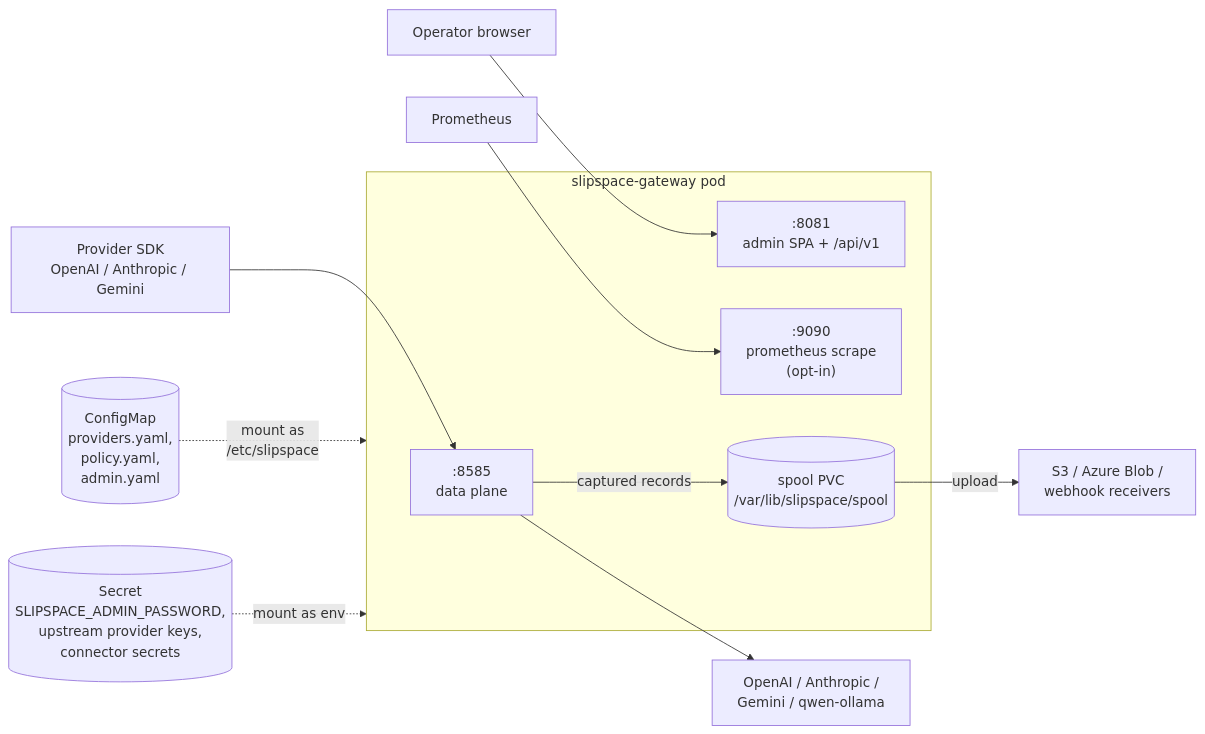
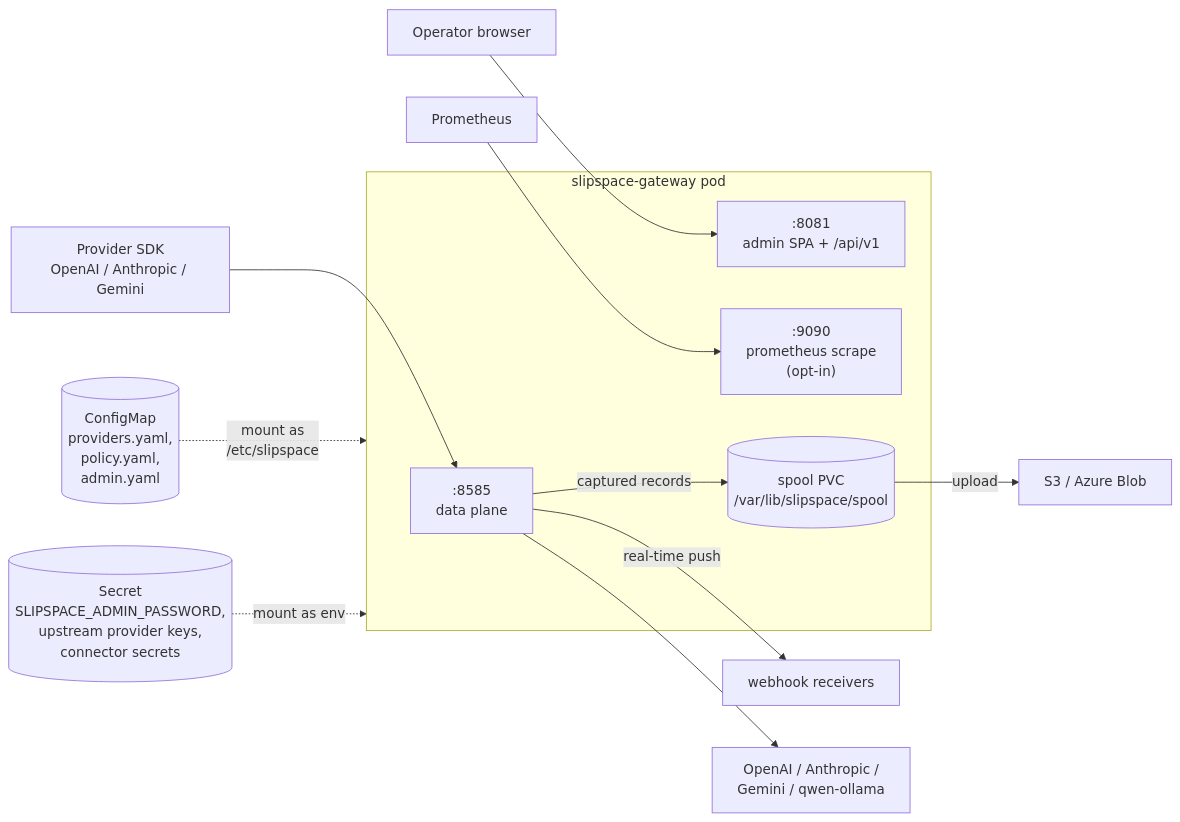
Before and after one commit to andyjmorgan/slipspace-gateway: the first of 3 diagrams in docs/deployment.md, drawn with Mermaid. The commit also changed other lines of this file and 11 other files, not shown here.

````diff
--- a/docs/deployment.md
+++ b/docs/deployment.md
@@ -31,21 +31,22 @@
 ```mermaid
 flowchart LR
     subgraph Pod[slipspace-gateway pod]
         DP[":8585<br/>data plane"]
         AD[":8081<br/>admin SPA + /api/v1"]
         PR[":9090<br/>prometheus scrape<br/>(opt-in)"]
         SP[("spool PVC<br/>/var/lib/slipspace/spool")]
     end
 
     CFG[("ConfigMap<br/>providers.yaml,<br/>policy.yaml,<br/>admin.yaml")] -. mount as<br/>/etc/slipspace .-> Pod
     SEC[("Secret<br/>SLIPSPACE_ADMIN_PASSWORD,<br/>upstream provider keys,<br/>connector secrets")] -. mount as env .-> Pod
 
     Client[Provider SDK<br/>OpenAI / Anthropic / Gemini] --> DP
     Operator[Operator browser] --> AD
     Scrape[Prometheus] --> PR
 
     DP -- captured records --> SP
-    SP -- upload --> Dest[S3 / Azure Blob /<br/>webhook receivers]
+    SP -- upload --> Dest[S3 / Azure Blob]
+    DP -- real-time push --> WH[webhook receivers]
 
     DP --> Upstream[OpenAI / Anthropic /<br/>Gemini / qwen-ollama]
 ```
````
